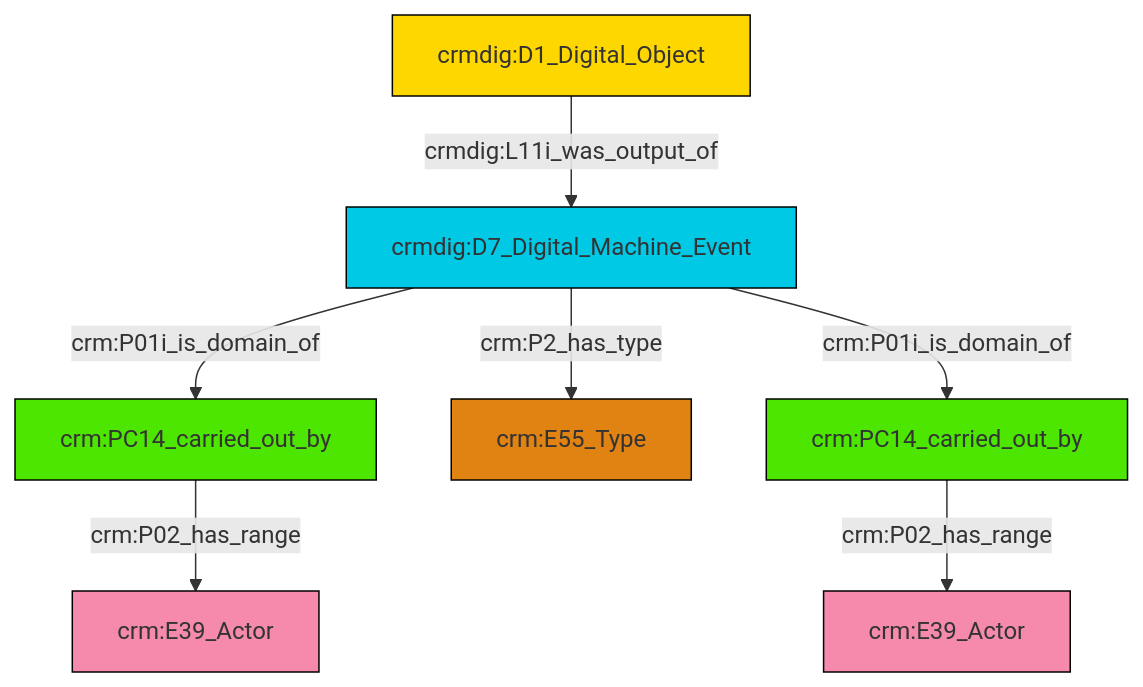
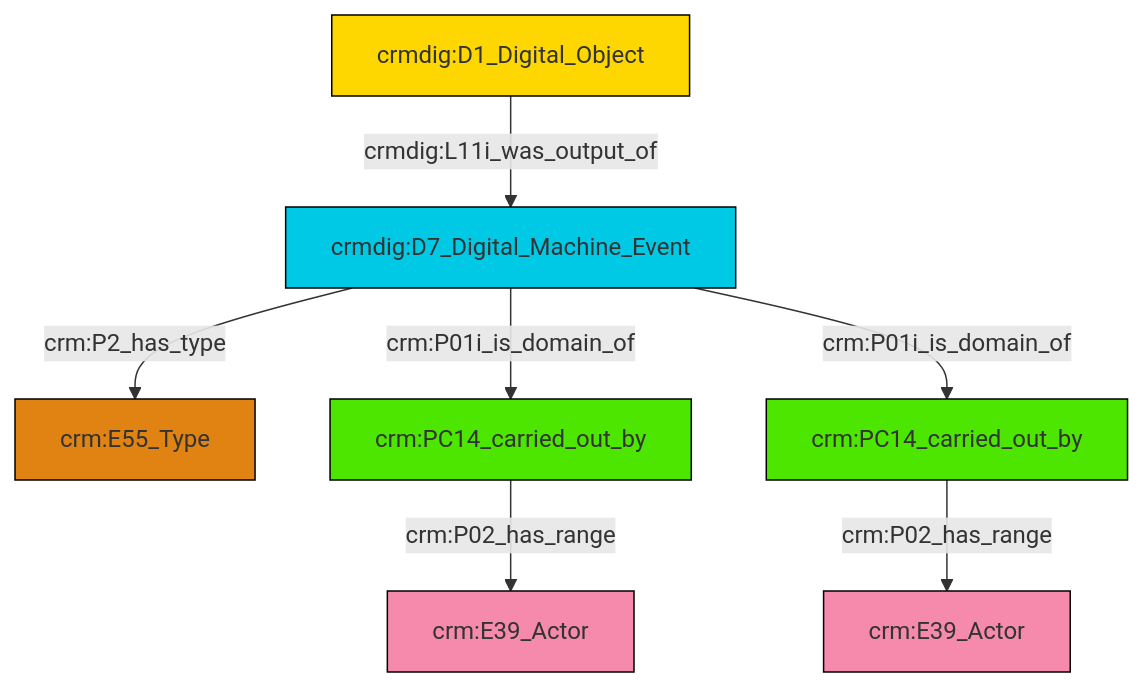
Before and after one commit to swiss-art-research-net/docs.swissartresearch: the diagram in et/doCSV/ttl/mmd/do_actor_relations.ttl.mmd, drawn with Mermaid. The commit also changed 179 other files, not shown here.

```diff
--- a/et/doCSV/ttl/mmd/do_actor_relations.ttl.mmd
+++ b/et/doCSV/ttl/mmd/do_actor_relations.ttl.mmd
@@ -1,21 +1,21 @@
 graph TD
 classDef Literal fill:#f2f2f2,stroke:#000000;
 classDef CRM_Entity fill:#FFFFFF,stroke:#000000;
 classDef Temporal_Entity fill:#00C9E6, stroke:#000000;
 classDef Type fill:#E18312, stroke:#000000;
 classDef Time-Span fill:#2C9C91, stroke:#000000;
 classDef Appellation fill:#FFEB7F, stroke:#000000;
 classDef Place fill:#008836, stroke:#000000;
 classDef Persistent_Item fill:#B266B2, stroke:#000000;
 classDef Conceptual_Object fill:#FFD700, stroke:#000000;
 classDef Physical_Thing fill:#D2B48C, stroke:#000000;
 classDef Actor fill:#f58aad, stroke:#000000;
 classDef PC_Classes fill:#4ce600, stroke:#000000;
 classDef Multi fill:#cccccc,stroke:#000000;
 
-4["crmdig:D7_Digital_Machine_Event"]:::Temporal_Entity -->|crm:P2_has_type| 5["crm:E55_Type"]:::Type
-4["crmdig:D7_Digital_Machine_Event"]:::Temporal_Entity -->|crm:P01i_is_domain_of| 6["crm:PC14_carried_out_by"]:::PC_Classes
-4["crmdig:D7_Digital_Machine_Event"]:::Temporal_Entity -->|crm:P01i_is_domain_of| 2["crm:PC14_carried_out_by"]:::PC_Classes
-9["crmdig:D1_Digital_Object"]:::Conceptual_Object -->|crmdig:L11i_was_output_of| 4["crmdig:D7_Digital_Machine_Event"]:::Temporal_Entity
-6["crm:PC14_carried_out_by"]:::PC_Classes -->|crm:P02_has_range| 0["crm:E39_Actor"]:::Actor
-2["crm:PC14_carried_out_by"]:::PC_Classes -->|crm:P02_has_range| 14["crm:E39_Actor"]:::Actor
+0["crmdig:D7_Digital_Machine_Event"]:::Temporal_Entity -->|crm:P2_has_type| 2["crm:E55_Type"]:::Type
+0["crmdig:D7_Digital_Machine_Event"]:::Temporal_Entity -->|crm:P01i_is_domain_of| 3["crm:PC14_carried_out_by"]:::PC_Classes
+0["crmdig:D7_Digital_Machine_Event"]:::Temporal_Entity -->|crm:P01i_is_domain_of| 6["crm:PC14_carried_out_by"]:::PC_Classes
+6["crm:PC14_carried_out_by"]:::PC_Classes -->|crm:P02_has_range| 4["crm:E39_Actor"]:::Actor
+3["crm:PC14_carried_out_by"]:::PC_Classes -->|crm:P02_has_range| 11["crm:E39_Actor"]:::Actor
+9["crmdig:D1_Digital_Object"]:::Conceptual_Object -->|crmdig:L11i_was_output_of| 0["crmdig:D7_Digital_Machine_Event"]:::Temporal_Entity
```
